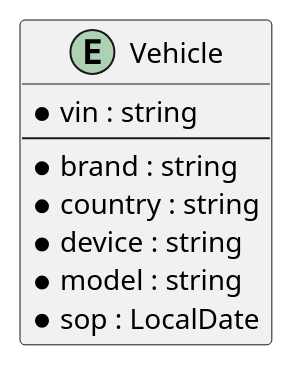
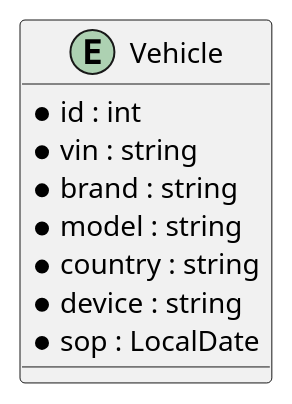
One commit to Dinesh-s95/AutoDoc.ai changed the fourth of 4 diagrams in vehiclemanagement/documentation/detaileddesign.adoc. Above: the diagram before and after it, drawn with PlantUML. The commit also changed other lines of this file and 11 other files, not shown here.

```diff
--- a/vehiclemanagement/documentation/detaileddesign.adoc
+++ b/vehiclemanagement/documentation/detaileddesign.adoc
@@ -116,14 +110,14 @@
-[plantuml, entity-relationship-diagram, png]
+[plantuml, er-diagram, png]
 ----
 @startuml
 entity "Vehicle" {
+  * id : int
   * vin : string
-  --
   * brand : string
+  * model : string
   * country : string
   * device : string
-  * model : string
   * sop : LocalDate
 }
 @enduml
 ----
```
